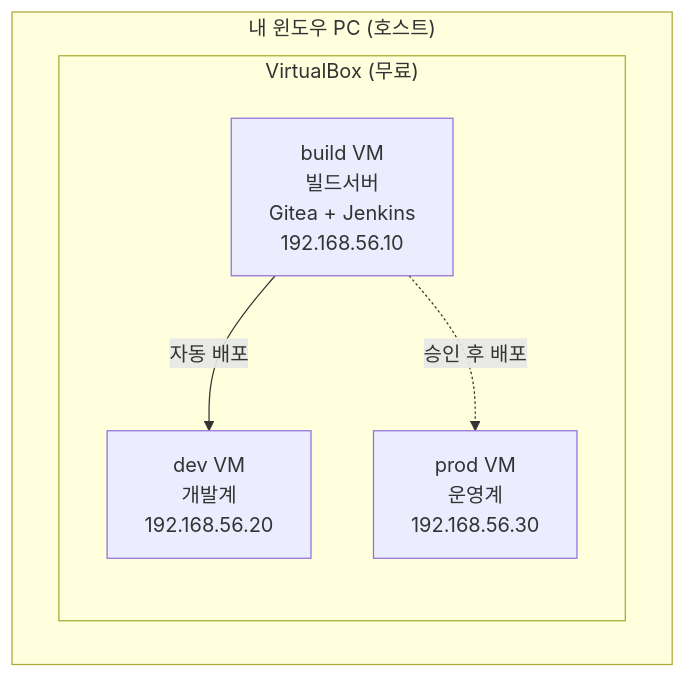
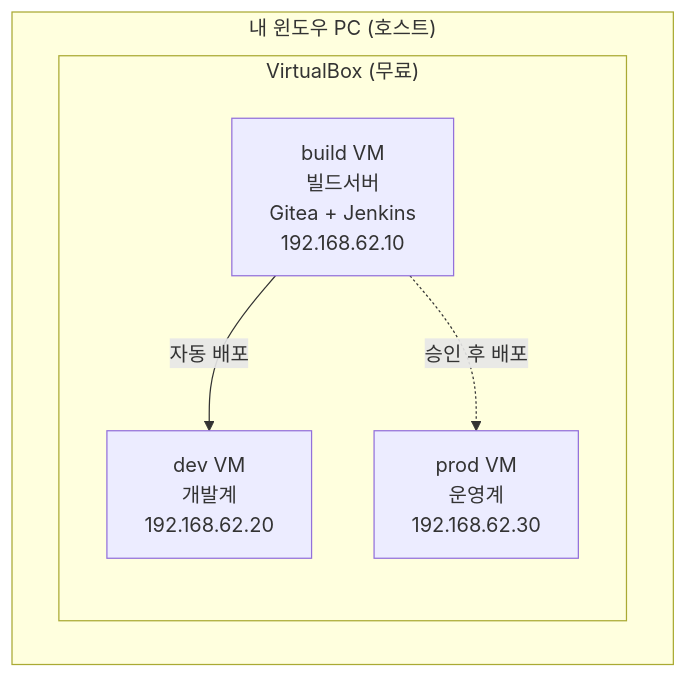
Before and after one commit to sbaek100/sbaek100.github.io: the second of 2 diagrams in _posts/1.응용강의/devsecops/2026-06-09-devsecops-00-orientation.md, drawn with Mermaid. The commit also changed other lines of this file and 518 other files, not shown here.

````diff
--- a/_posts/1.응용강의/devsecops/2026-06-09-devsecops-00-orientation.md
+++ b/_posts/1.응용강의/devsecops/2026-06-09-devsecops-00-orientation.md
@@ -133,12 +133,12 @@
 ```mermaid
 flowchart TB
     subgraph WIN["내 윈도우 PC (호스트)"]
         subgraph VB["VirtualBox (무료)"]
-            B["build VM<br/>빌드서버<br/>Gitea + Jenkins<br/>192.168.56.10"]
-            D["dev VM<br/>개발계<br/>192.168.56.20"]
-            P["prod VM<br/>운영계<br/>192.168.56.30"]
+            B["build VM<br/>빌드서버<br/>Gitea + Jenkins<br/>192.168.62.10"]
+            D["dev VM<br/>개발계<br/>192.168.62.20"]
+            P["prod VM<br/>운영계<br/>192.168.62.30"]
             B -- "자동 배포" --> D
             B -. "승인 후 배포" .-> P
         end
     end
 ```
````
